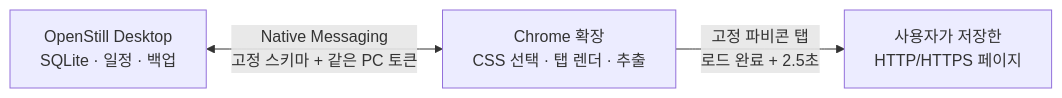
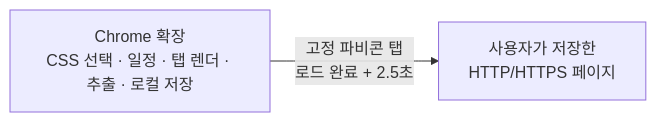
The diagram in README.md (tchinso/OpenStill), drawn with Mermaid before and after one commit. The commit also changed other lines of this file and 19 other files, not shown here.

````diff
--- a/README.md
+++ b/README.md
@@ -17,8 +17,6 @@
 ```mermaid
 flowchart LR
-  D["OpenStill Desktop\nSQLite · 일정 · 백업"]
-  E["Chrome 확장\nCSS 선택 · 탭 렌더 · 추출"]
+  E["Chrome 확장\nCSS 선택 · 일정 · 탭 렌더 · 추출 · 로컬 저장"]
   W["사용자가 저장한\nHTTP/HTTPS 페이지"]
-  D <-->|"Native Messaging\n고정 스키마 + 같은 PC 토큰"| E
   E -->|"고정 파비콘 탭\n로드 완료 + 2.5초"| W
 ```
````
